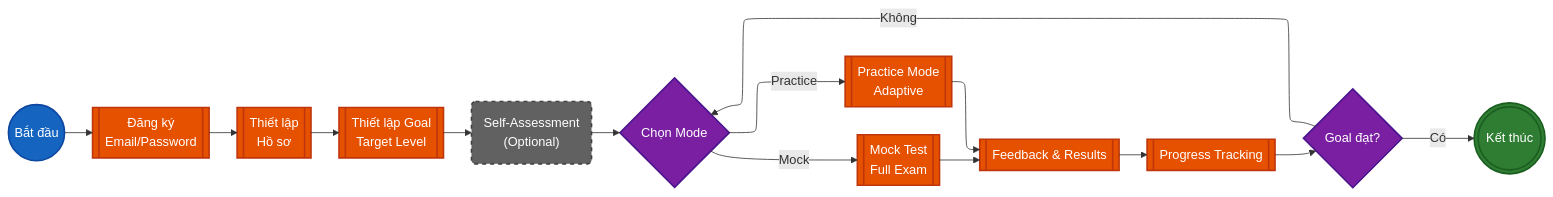
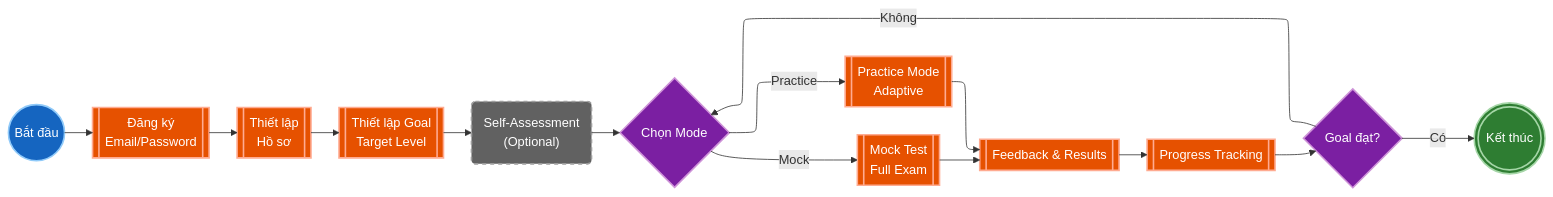
Before and after one commit to nghyane/VSTEP: the ninth of 12 diagrams in docs/capstone/diagrams/flow-diagrams.vi.md, drawn with Mermaid. The commit also changed other lines of this file, not shown here.

First line of the commit message:
fix(docs): optimize diagram colors for dark/light mode compatibility

````diff
--- a/docs/capstone/diagrams/flow-diagrams.vi.md
+++ b/docs/capstone/diagrams/flow-diagrams.vi.md
@@ -531,40 +531,40 @@
 ```mermaid
 ---
 config:
   layout: elk
 ---
 flowchart LR
     Start@{ shape: circle, label: "Bắt đầu" }
     Reg@{ shape: fr-rect, label: "Đăng ký<br/>Email/Password" }
     Profile@{ shape: fr-rect, label: "Thiết lập<br/>Hồ sơ" }
     Goal@{ shape: fr-rect, label: "Thiết lập Goal<br/>Target Level" }
     SelfAssess@{ shape: rounded, label: "Self-Assessment<br/>(Optional)" }
     Select@{ shape: diam, label: "Chọn Mode" }
     Practice@{ shape: fr-rect, label: "Practice Mode<br/>Adaptive" }
     Mock@{ shape: fr-rect, label: "Mock Test<br/>Full Exam" }
     Feedback@{ shape: fr-rect, label: "Feedback & Results" }
     Progress@{ shape: fr-rect, label: "Progress Tracking" }
     GoalCheck@{ shape: diam, label: "Goal đạt?" }
     End@{ shape: dbl-circ, label: "Kết thúc" }
 
     Start --> Reg --> Profile --> Goal --> SelfAssess --> Select
     Select -->|"Practice"| Practice
     Select -->|"Mock"| Mock
     Practice --> Feedback
     Mock --> Feedback
     Feedback --> Progress --> GoalCheck
     GoalCheck -->|"Không"| Select
     GoalCheck -->|"Có"| End
 
-    classDef start fill:#1565c0,stroke:#0d47a1,stroke-width:2px,color:#fff
-    classDef process fill:#e65100,stroke:#bf360c,stroke-width:2px,color:#fff
-    classDef decision fill:#7b1fa2,stroke:#4a148c,stroke-width:2px,color:#fff
-    classDef success fill:#2e7d32,stroke:#1b5e20,stroke-width:2px,color:#fff
-    classDef optional fill:#616161,stroke:#424242,stroke-width:2px,stroke-dasharray: 5 5,color:#fff
+    classDef start fill:#1565c0,stroke:#90caf9,stroke-width:2px,color:#fff
+    classDef process fill:#e65100,stroke:#ffab91,stroke-width:2px,color:#fff
+    classDef decision fill:#7b1fa2,stroke:#ce93d8,stroke-width:2px,color:#fff
+    classDef success fill:#2e7d32,stroke:#a5d6a7,stroke-width:2px,color:#fff
+    classDef optional fill:#616161,stroke:#9e9e9e,stroke-width:2px,stroke-dasharray: 5 5,color:#fff
 
     class Start start
     class Reg,Profile,Goal,Practice,Mock,Feedback,Progress process
     class Select,GoalCheck decision
     class End success
     class SelfAssess optional
 ```
````
